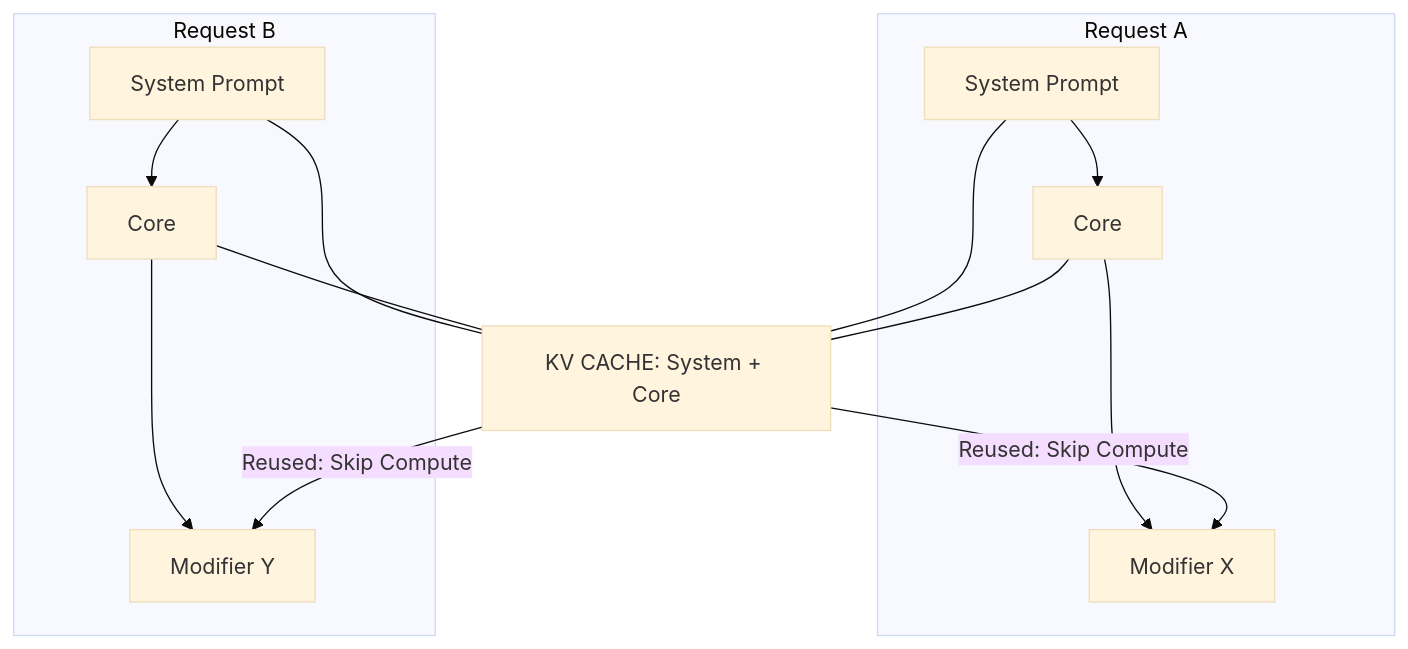
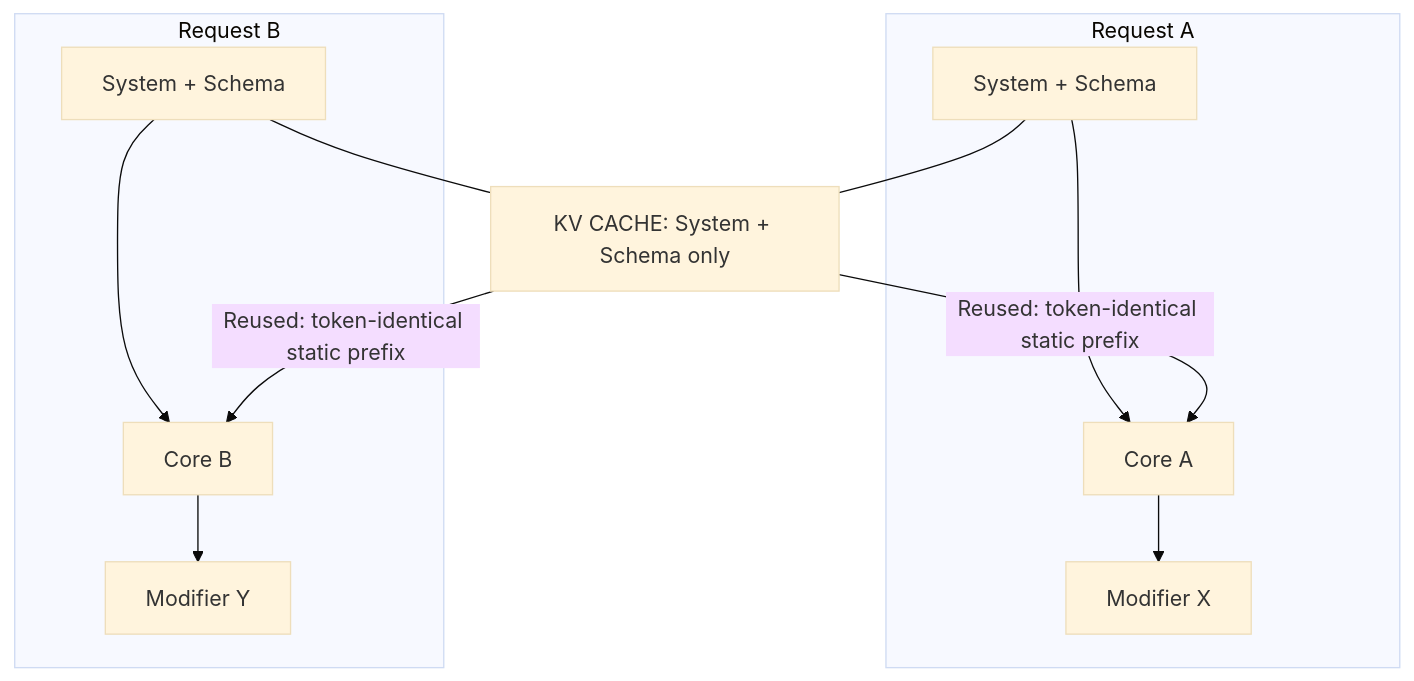
One commit to corefirst/cflt changed the third of 3 diagrams in docs/en/foundations/llm.md. Above: the diagram before and after it, drawn with Mermaid (base theme). The commit also changed other lines of this file and 47 other files, not shown here.

````diff
--- a/docs/en/foundations/llm.md
+++ b/docs/en/foundations/llm.md
@@ -131,19 +131,17 @@
 ```mermaid
 graph TD
     subgraph "Request A"
-    S1[System Prompt] --> C1[Core] --> M1[Modifier X]
+    S1[System + Schema] --> C1[Core A] --> M1[Modifier X]
     end
     
     subgraph "Request B"
-    S2[System Prompt] --> C2[Core] --> M2[Modifier Y]
+    S2[System + Schema] --> C2[Core B] --> M2[Modifier Y]
     end
     
-    Cache[KV CACHE: System + Core]
+    Cache[KV CACHE: System + Schema only]
     S1 --- Cache
-    C1 --- Cache
     S2 --- Cache
-    C2 --- Cache
     
-    Cache -- "Reused: Skip Compute" --> M1
-    Cache -- "Reused: Skip Compute" --> M2
+    Cache -- "Reused: token-identical static prefix" --> C1
+    Cache -- "Reused: token-identical static prefix" --> C2
 ```
````
